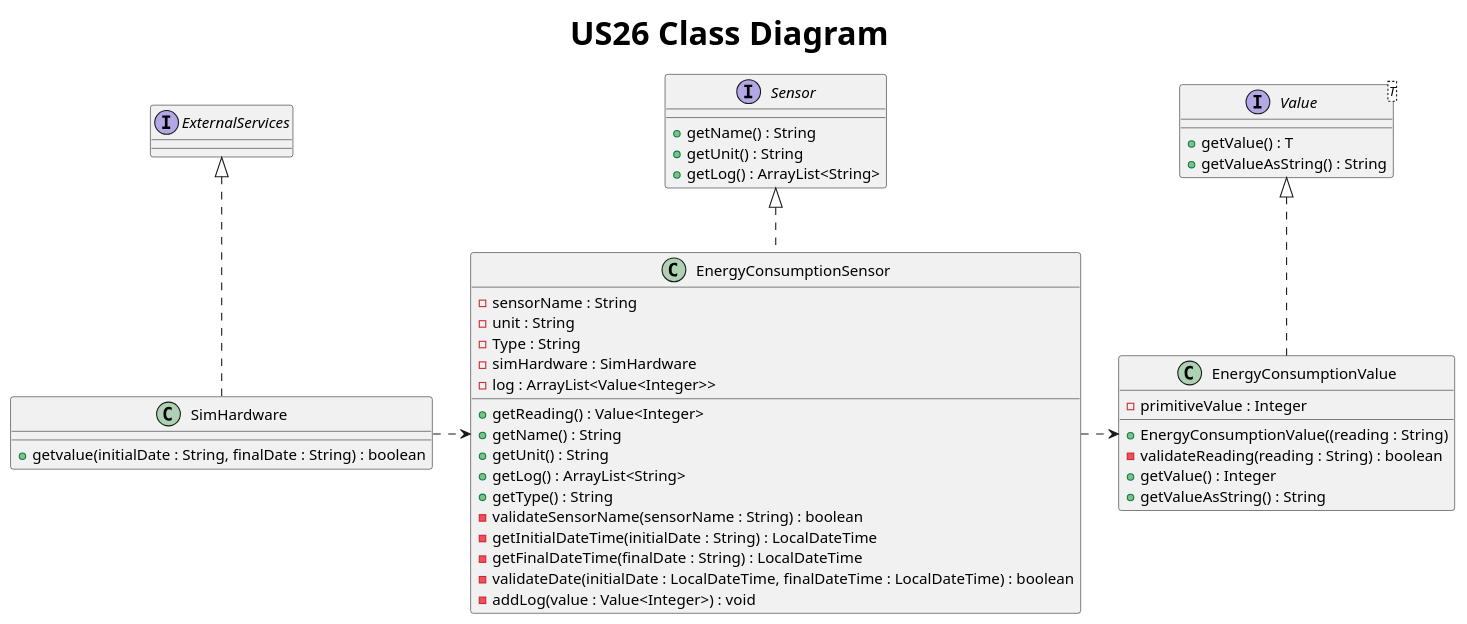
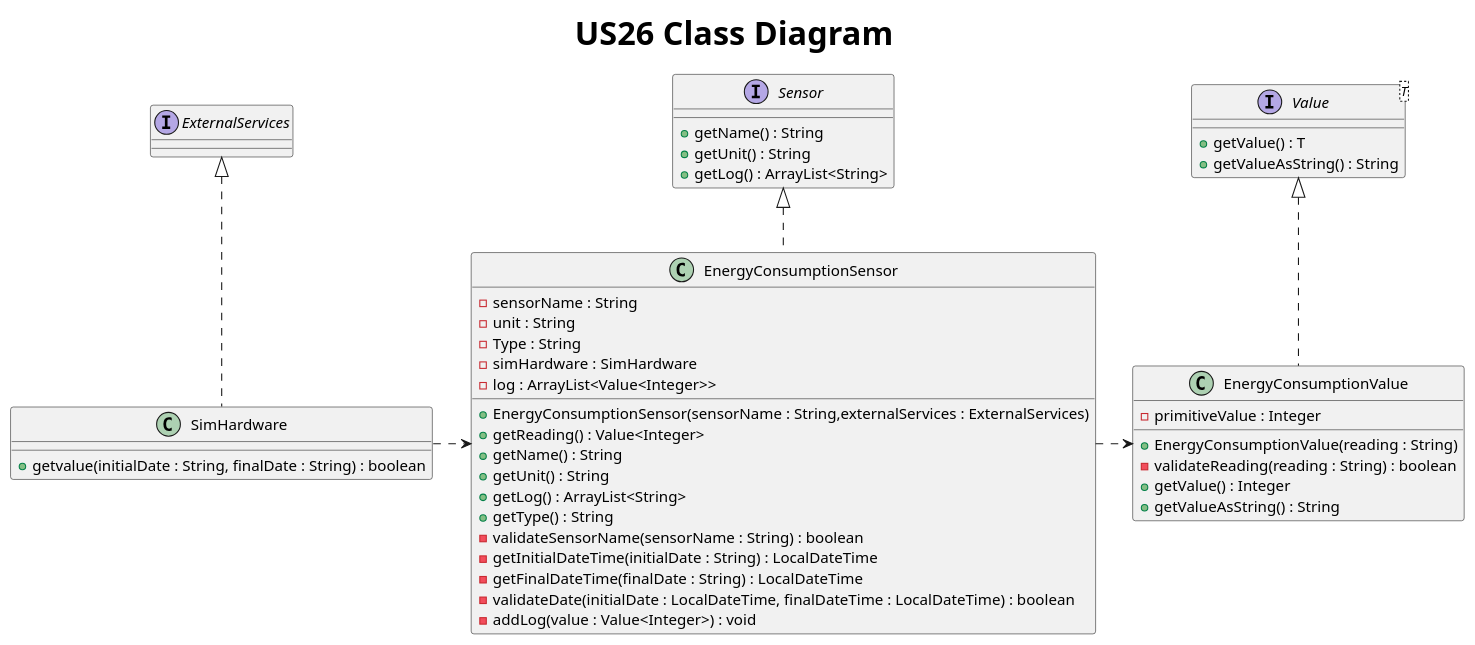
Before and after one commit to AfonsoNeves77/smartHouse: the diagram in Docs/US26/S3U26ClassDiagram.puml, drawn with PlantUML. The commit also changed 5 other files, not shown here.

Commit message:
Team review: added sensor constructor methods to sensor class diagrams.

```diff
--- a/Docs/US26/S3U26ClassDiagram.puml
+++ b/Docs/US26/S3U26ClassDiagram.puml
@@ -1,58 +1,59 @@
 @startuml
 title <size: 30> US26 Class Diagram
 skinparam linetype ortho
 
 interface Sensor {
     + getName() : String
     + getUnit() : String
     + getLog() : ArrayList<String>
 }
 
 interface Value<T> {
     + getValue() : T
     + getValueAsString() : String
 }
 
 class SimHardware {
 + getvalue(initialDate : String, finalDate : String) : boolean
 }
 
 interface ExternalServices{}
 
 class EnergyConsumptionSensor{
     - sensorName : String
     - unit : String
     -Type : String
     - simHardware : SimHardware
     - log : ArrayList<Value<Integer>>
 
+    +EnergyConsumptionSensor(sensorName : String,externalServices : ExternalServices)
     +getReading() : Value<Integer>
     +getName() : String
     +getUnit() : String
     +getLog() : ArrayList<String>
     +getType() : String
     -validateSensorName(sensorName : String) : boolean
     -getInitialDateTime(initialDate : String) : LocalDateTime
     -getFinalDateTime(finalDate : String) : LocalDateTime
     -validateDate(initialDate : LocalDateTime, finalDateTime : LocalDateTime) : boolean
     -addLog(value : Value<Integer>) : void
 
 }
 
 class EnergyConsumptionValue {
     - primitiveValue : Integer
 
-    + EnergyConsumptionValue((reading : String)
+    + EnergyConsumptionValue(reading : String)
     - validateReading(reading : String) : boolean
     + getValue() : Integer
     + getValueAsString() : String
 }
 
 Value <|.. EnergyConsumptionValue
 Sensor <|.. EnergyConsumptionSensor
 ExternalServices <|.. SimHardware
 EnergyConsumptionSensor <.left. SimHardware
 EnergyConsumptionSensor .right.> EnergyConsumptionValue
 
 
 @enduml
```
